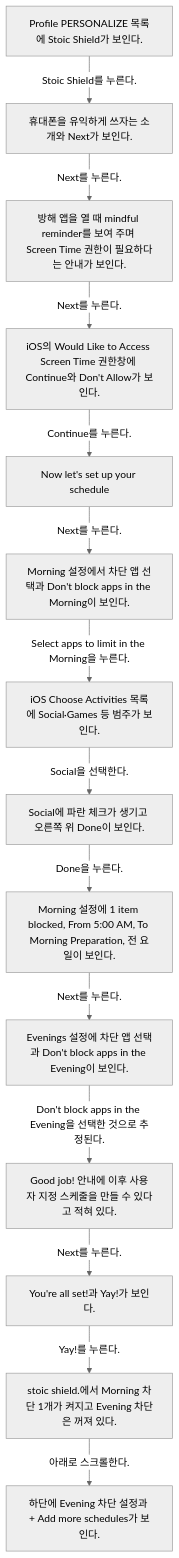
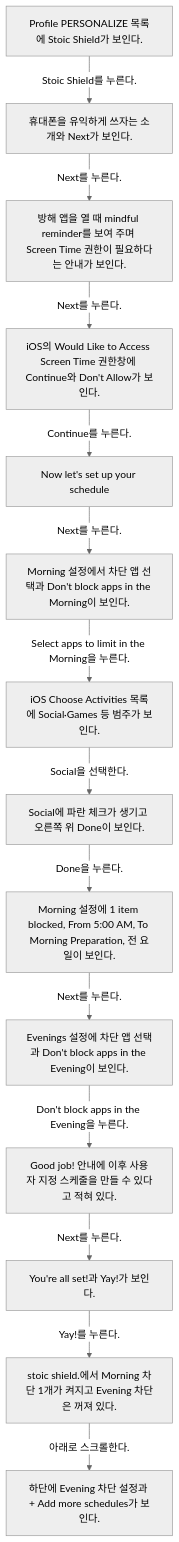
The diagram in docs/Stoic/flows/setting-up-stoic-shield-from-profile-09a3ce57/README.md (Dev-Corgi/Stoic-Build-Clone-Test), drawn with Mermaid (neutral theme) before and after one commit. The commit also changed other lines of this file and 23 other files, not shown here.

Commit message:
docs: verify Stoic flows with user-confirmed transitions

````diff
--- a/docs/Stoic/flows/setting-up-stoic-shield-from-profile-09a3ce57/README.md
+++ b/docs/Stoic/flows/setting-up-stoic-shield-from-profile-09a3ce57/README.md
@@ -8,30 +8,30 @@
 ```mermaid
 flowchart TD
   S1["Profile PERSONALIZE 목록에 Stoic Shield가 보인다."]
   S1 -->|Stoic Shield를 누른다.| S2
   S2["휴대폰을 유익하게 쓰자는 소개와 Next가 보인다."]
   S2 -->|Next를 누른다.| S3
   S3["방해 앱을 열 때 mindful reminder를 보여 주며 Screen Time 권한이 필요하다는 안내가 보인다."]
   S3 -->|Next를 누른다.| S4
   S4["iOS의 Would Like to Access Screen Time 권한창에 Continue와 Don't Allow가 보인다."]
   S4 -->|Continue를 누른다.| S5
   S5["Now let's set up your schedule"]
   S5 -->|Next를 누른다.| S6
   S6["Morning 설정에서 차단 앱 선택과 Don't block apps in the Morning이 보인다."]
   S6 -->|Select apps to limit in the Morning을 누른다.| S7
   S7["iOS Choose Activities 목록에 Social·Games 등 범주가 보인다."]
   S7 -->|Social을 선택한다.| S8
   S8["Social에 파란 체크가 생기고 오른쪽 위 Done이 보인다."]
   S8 -->|Done을 누른다.| S9
   S9["Morning 설정에 1 item blocked, From 5:00 AM, To Morning Preparation, 전 요일이 보인다."]
   S9 -->|Next를 누른다.| S10
   S10["Evenings 설정에 차단 앱 선택과 Don't block apps in the Evening이 보인다."]
-  S10 -->|Don't block apps in the Evening을 선택한 것으로 추정된다.| S11
+  S10 -->|Don't block apps in the Evening을 누른다.| S11
   S11["Good job! 안내에 이후 사용자 지정 스케줄을 만들 수 있다고 적혀 있다."]
   S11 -->|Next를 누른다.| S12
   S12["You're all set!과 Yay!가 보인다."]
   S12 -->|Yay!를 누른다.| S13
   S13["stoic shield.에서 Morning 차단 1개가 켜지고 Evening 차단은 꺼져 있다."]
   S13 -->|아래로 스크롤한다.| S14
   S14["하단에 Evening 차단 설정과 + Add more schedules가 보인다."]
 ```
````
